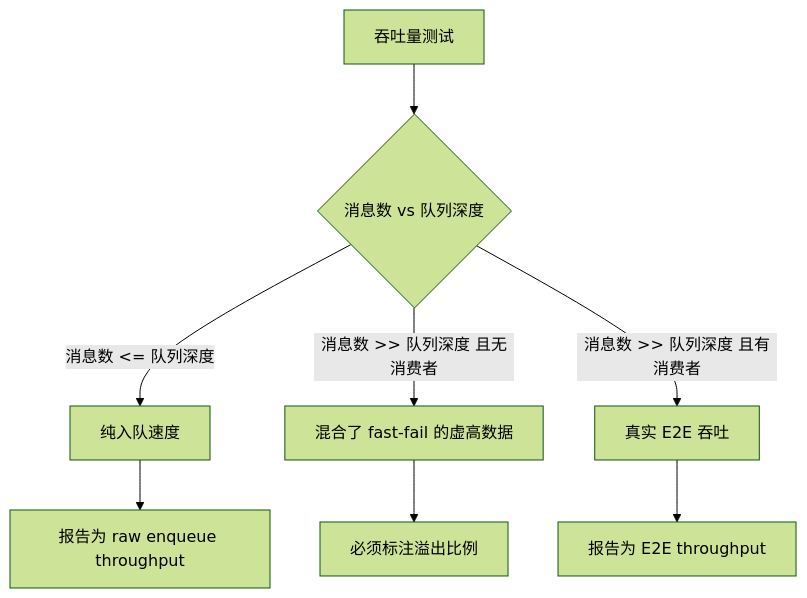
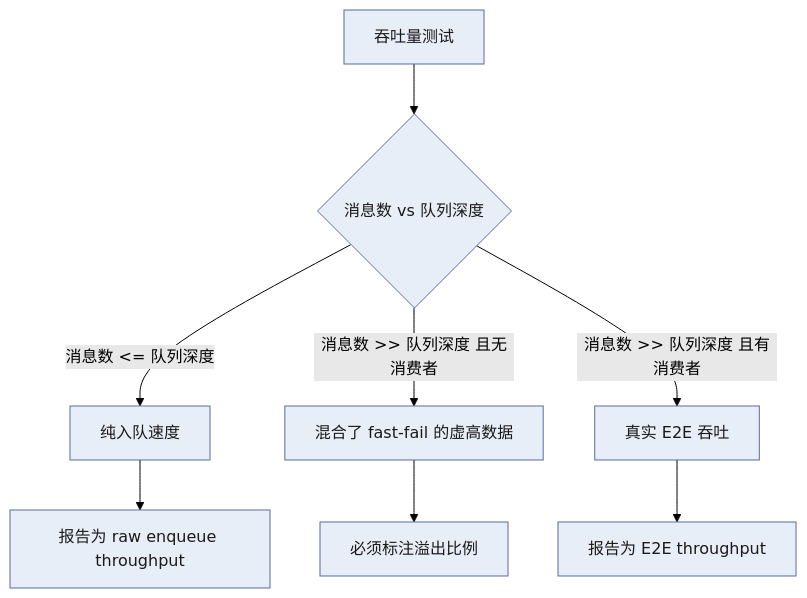
Before and after one commit to DeguiLiu/tech-notes: the first of 4 diagrams in content/posts/performance/message_bus_benchmark_methodology.md, drawn with Mermaid (forest theme). The commit also changed other lines of this file and 20 other files, not shown here.

First line of the commit message:
story-docs(blog): de-AI performance posts and color bus diagrams

````diff
--- a/content/posts/performance/message_bus_benchmark_methodology.md
+++ b/content/posts/performance/message_bus_benchmark_methodology.md
@@ -84,11 +84,14 @@
 ```mermaid
 flowchart TD
+    classDef box fill:#e8eef7,stroke:#5b6b9c,color:#1a1a1a
     A[吞吐量测试] --> B{消息数 vs 队列深度}
     B -->|消息数 <= 队列深度| C[纯入队速度]
     B -->|消息数 >> 队列深度 且无消费者| D[混合了 fast-fail 的虚高数据]
     B -->|消息数 >> 队列深度 且有消费者| E[真实 E2E 吞吐]
 
     C --> F[报告为 raw enqueue throughput]
     D --> G[必须标注溢出比例]
     E --> H[报告为 E2E throughput]
+
+    class A,B,C,D,E,F,G,H box
 ```
````
